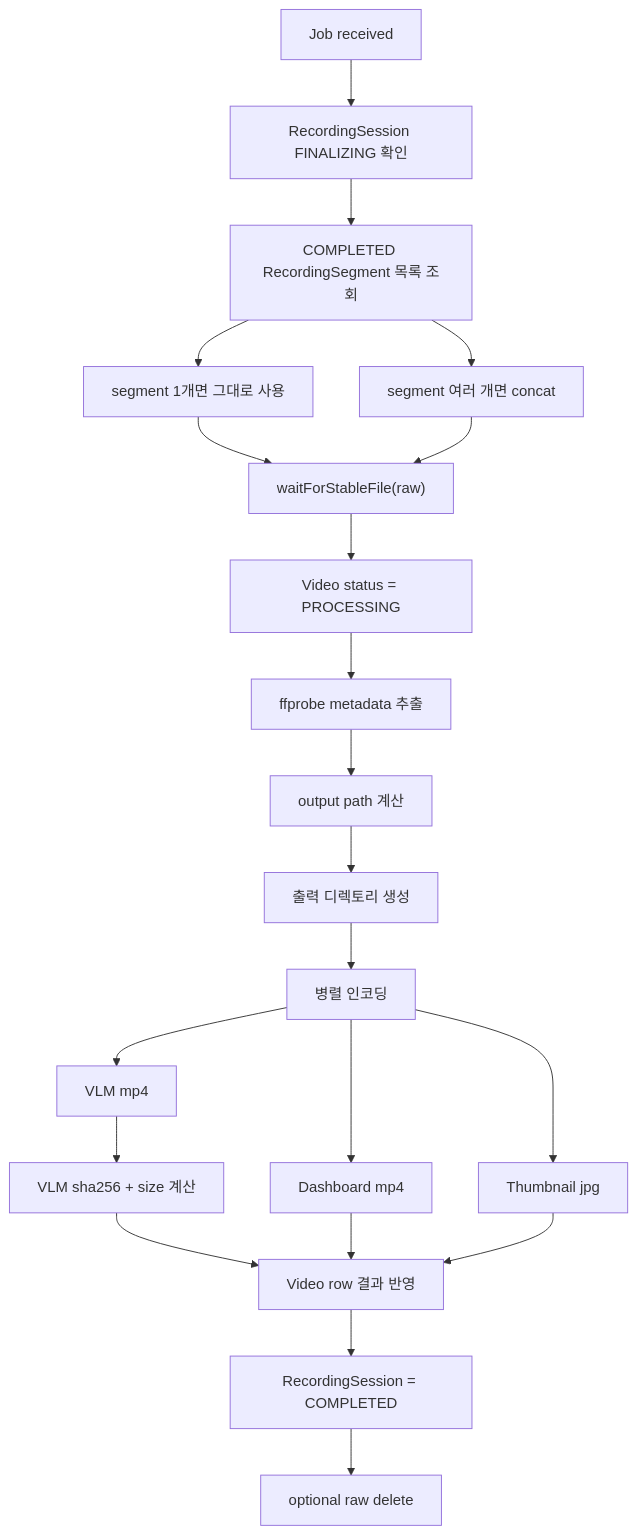
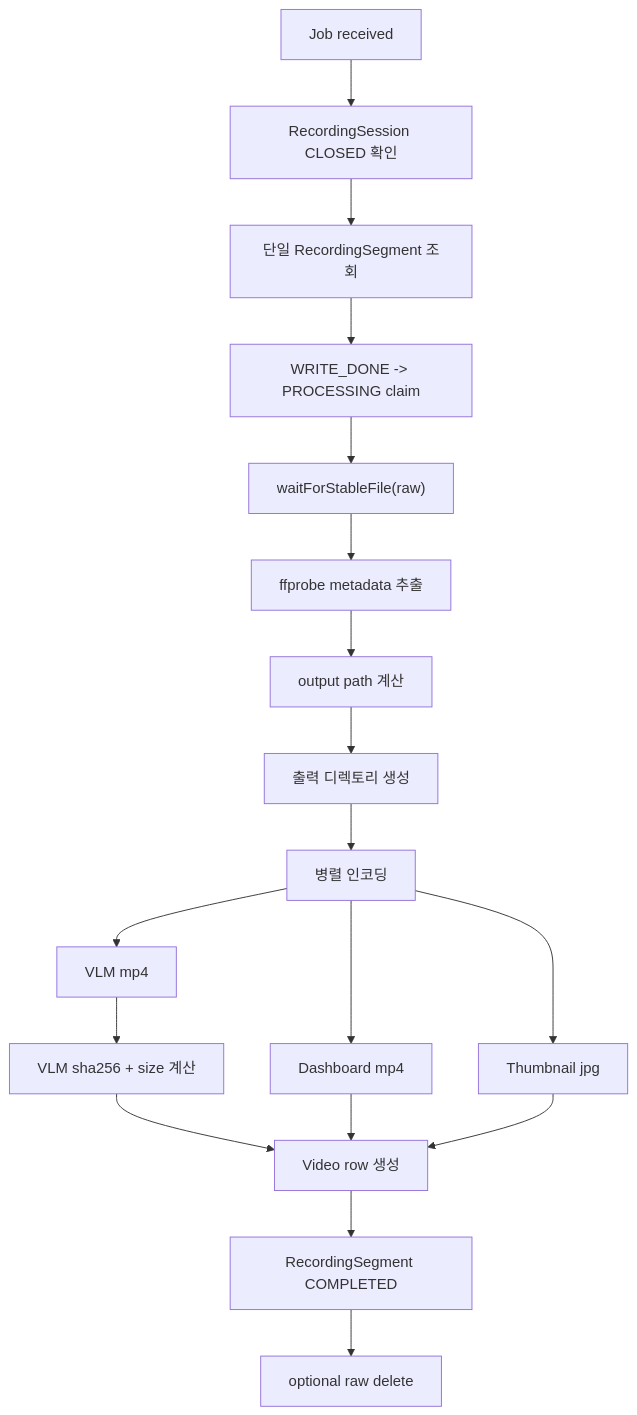
One commit to ego-flow/ego-flow-server changed the second of 2 diagrams in docs/10. project_processing.md. Above: the diagram before and after it, drawn with Mermaid. The commit also changed other lines of this file and 6 other files, not shown here.

````diff
--- a/docs/10. project_processing.md
+++ b/docs/10. project_processing.md
@@ -26,23 +27,20 @@
 ```mermaid
 flowchart TD
-    A["Job received"] --> B["RecordingSession FINALIZING 확인"]
-    B --> C["COMPLETED RecordingSegment 목록 조회"]
-    C --> D["segment 1개면 그대로 사용"]
-    C --> E["segment 여러 개면 concat"]
-    D --> F["waitForStableFile(raw)"]
-    E --> F
-    F --> G["Video status = PROCESSING"]
-    G --> H["ffprobe metadata 추출"]
+    A["Job received"] --> B["RecordingSession CLOSED 확인"]
+    B --> C["단일 RecordingSegment 조회"]
+    C --> G["WRITE_DONE -> PROCESSING claim"]
+    G --> F["waitForStableFile(raw)"]
+    F --> H["ffprobe metadata 추출"]
     H --> I["output path 계산"]
     I --> J["출력 디렉토리 생성"]
     J --> K["병렬 인코딩"]
     K --> K1["VLM mp4"]
     K --> K2["Dashboard mp4"]
     K --> K3["Thumbnail jpg"]
     K1 --> K4["VLM sha256 + size 계산"]
-    K4 --> L["Video row 결과 반영"]
+    K4 --> L["Video row 생성"]
     K2 --> L
     K3 --> L
-    L --> M["RecordingSession = COMPLETED"]
+    L --> M["RecordingSegment COMPLETED"]
     M --> N["optional raw delete"]
 ```
````
